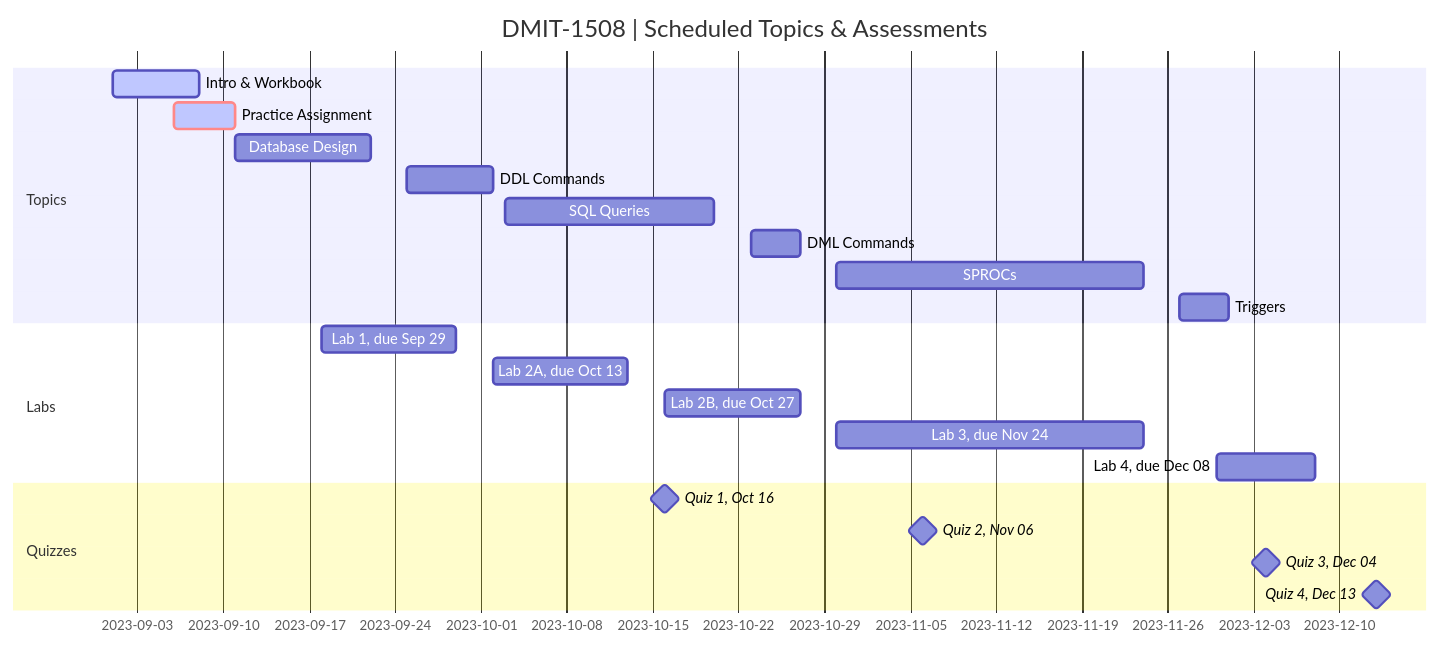
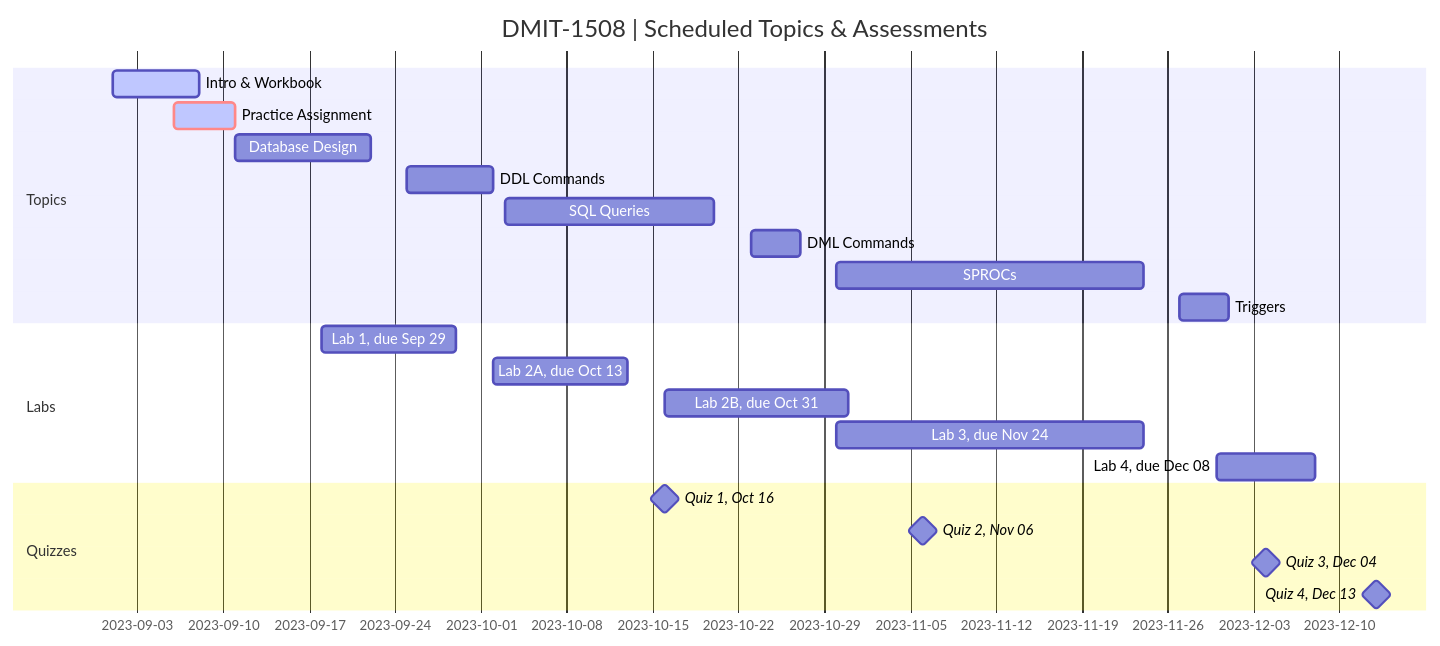
The diagram in README.md (DMIT-1508/DMIT-1508-Workbook-A03-dgilleland), drawn with Mermaid before and after one commit.

````diff
--- a/README.md
+++ b/README.md
@@ -9,33 +9,33 @@
 ```mermaid
 gantt
     dateFormat  YYYY-MM-DD
     title       DMIT-1508 | Scheduled Topics & Assessments
     %% excludes    weekends
     %% (`excludes` accepts specific dates in YYYY-MM-DD format, days of the week ("sunday") or "weekends", but not the word "weekdays".)
 
     section Topics
     %% done - for finished tasks
     %% active - for current tasks
     %% crit - for red outline/background
     Intro & Workbook          :active,  part0, 2023-09-01, 2023-09-08
     Practice Assignment       :crit, active, about, 2023-09-06, 2023-09-11
     Database Design           :         part1, 2023-09-11, 2023-09-22
     DDL Commands              :         part2, 2023-09-25, 2023-10-02
     SQL Queries               :         part3, 2023-10-03, 2023-10-20
     DML Commands              :         part4, 2023-10-23, 2023-10-27
     SPROCs                    :         part5, 2023-10-30, 2023-11-24
     Triggers                  :         part6, 2023-11-27, 2023-12-01
 
     section Labs
     Lab 1, due Sep 29  :     2023-09-18, 2023-09-29
     Lab 2A, due Oct 13 :     2023-10-02, 2023-10-13
-    Lab 2B, due Oct 27 :     2023-10-16, 2023-10-27
+    Lab 2B, due Oct 31 :     2023-10-16, 2023-10-31
     Lab 3, due Nov 24  :     2023-10-30, 2023-11-24
     Lab 4, due Dec 08  :     2023-11-30, 2023-12-08
 
     section Quizzes
     Quiz 1, Oct 16 :milestone, 2023-10-16, 0d
     Quiz 2, Nov 06 :milestone, 2023-11-06, 0d
     Quiz 3, Dec 04 :milestone, 2023-12-04, 0d
     Quiz 4, Dec 13 :milestone, 2023-12-13, 0d
 ```
````
